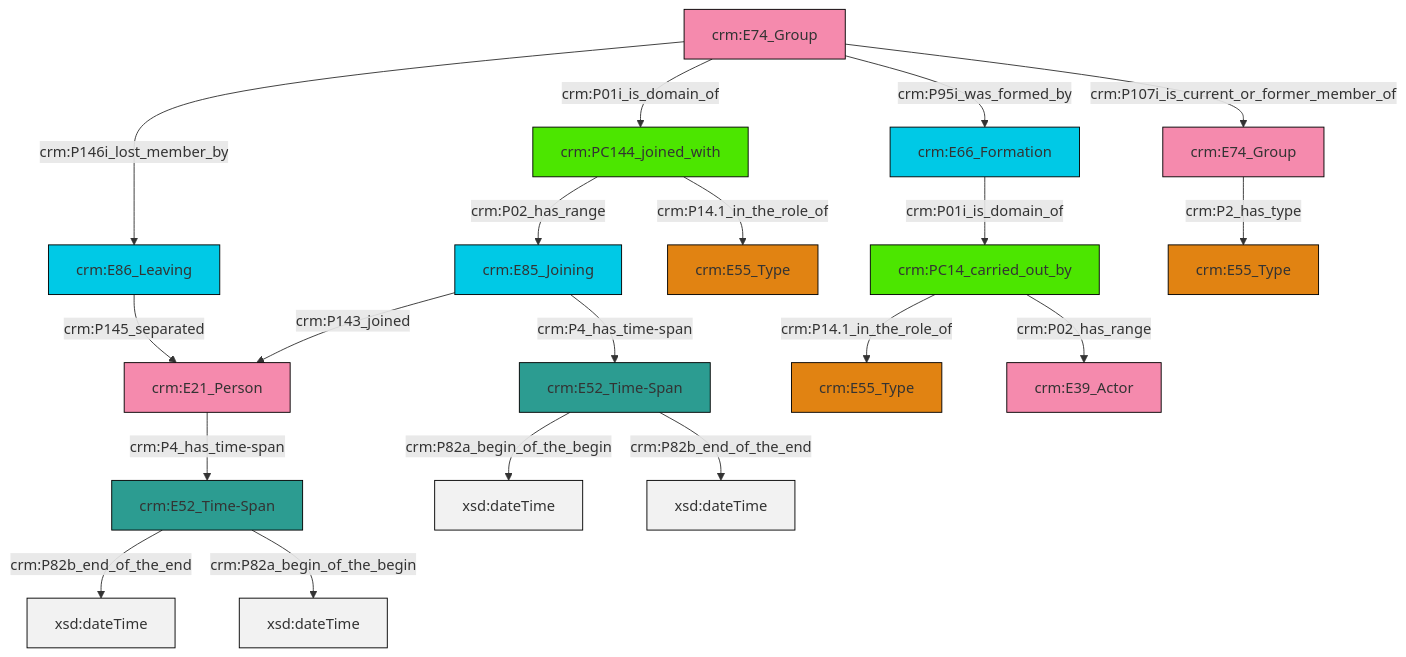
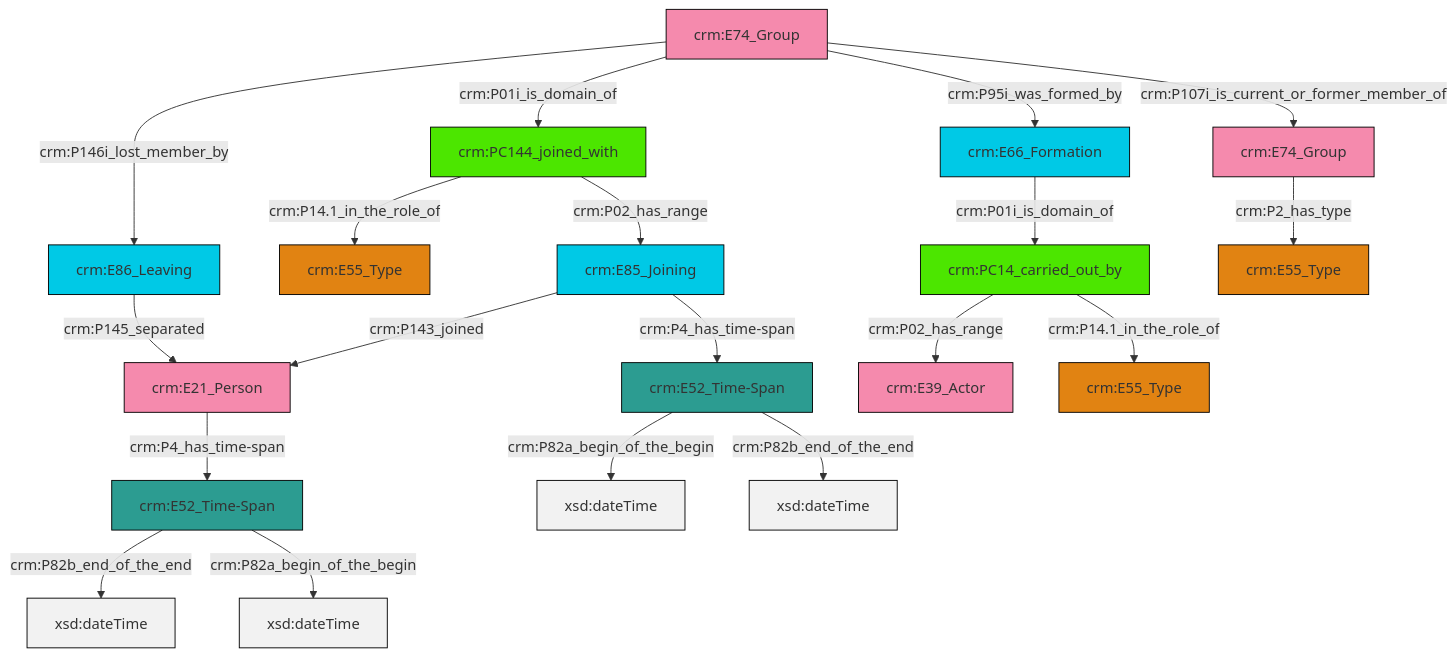
The diagram in et/groupCSV/ttl/mmd/group_actor_relations.ttl.mmd (swiss-art-research-net/docs.swissartresearch), drawn with Mermaid before and after one commit. The commit also changed 210 other files, not shown here.

```diff
--- a/et/groupCSV/ttl/mmd/group_actor_relations.ttl.mmd
+++ b/et/groupCSV/ttl/mmd/group_actor_relations.ttl.mmd
@@ -1,33 +1,33 @@
 graph TD
 classDef Literal fill:#f2f2f2,stroke:#000000;
 classDef CRM_Entity fill:#FFFFFF,stroke:#000000;
 classDef Temporal_Entity fill:#00C9E6, stroke:#000000;
 classDef Type fill:#E18312, stroke:#000000;
 classDef Time-Span fill:#2C9C91, stroke:#000000;
 classDef Appellation fill:#FFEB7F, stroke:#000000;
 classDef Place fill:#008836, stroke:#000000;
 classDef Persistent_Item fill:#B266B2, stroke:#000000;
 classDef Conceptual_Object fill:#FFD700, stroke:#000000;
 classDef Physical_Thing fill:#D2B48C, stroke:#000000;
 classDef Actor fill:#f58aad, stroke:#000000;
 classDef PC_Classes fill:#4ce600, stroke:#000000;
 classDef Multi fill:#cccccc,stroke:#000000;
 
-0["crm:E74_Group"]:::Actor -->|crm:P146i_lost_member_by| 1["crm:E86_Leaving"]:::Temporal_Entity
-2["crm:E52_Time-Span"]:::Time-Span -->|crm:P82a_begin_of_the_begin| 3[xsd:dateTime]:::Literal
-4["crm:E21_Person"]:::Actor -->|crm:P4_has_time-span| 5["crm:E52_Time-Span"]:::Time-Span
-6["crm:PC144_joined_with"]:::PC_Classes -->|crm:P02_has_range| 7["crm:E85_Joining"]:::Temporal_Entity
-8["crm:E66_Formation"]:::Temporal_Entity -->|crm:P01i_is_domain_of| 16["crm:PC14_carried_out_by"]:::PC_Classes
-16["crm:PC14_carried_out_by"]:::PC_Classes -->|crm:P14.1_in_the_role_of| 10["crm:E55_Type"]:::Type
-0["crm:E74_Group"]:::Actor -->|crm:P01i_is_domain_of| 6["crm:PC144_joined_with"]:::PC_Classes
-0["crm:E74_Group"]:::Actor -->|crm:P95i_was_formed_by| 8["crm:E66_Formation"]:::Temporal_Entity
-6["crm:PC144_joined_with"]:::PC_Classes -->|crm:P14.1_in_the_role_of| 12["crm:E55_Type"]:::Type
-7["crm:E85_Joining"]:::Temporal_Entity -->|crm:P143_joined| 4["crm:E21_Person"]:::Actor
-5["crm:E52_Time-Span"]:::Time-Span -->|crm:P82b_end_of_the_end| 30[xsd:dateTime]:::Literal
-0["crm:E74_Group"]:::Actor -->|crm:P107i_is_current_or_former_member_of| 14["crm:E74_Group"]:::Actor
-2["crm:E52_Time-Span"]:::Time-Span -->|crm:P82b_end_of_the_end| 32[xsd:dateTime]:::Literal
-14["crm:E74_Group"]:::Actor -->|crm:P2_has_type| 20["crm:E55_Type"]:::Type
-7["crm:E85_Joining"]:::Temporal_Entity -->|crm:P4_has_time-span| 2["crm:E52_Time-Span"]:::Time-Span
-1["crm:E86_Leaving"]:::Temporal_Entity -->|crm:P145_separated| 4["crm:E21_Person"]:::Actor
-16["crm:PC14_carried_out_by"]:::PC_Classes -->|crm:P02_has_range| 18["crm:E39_Actor"]:::Actor
-5["crm:E52_Time-Span"]:::Time-Span -->|crm:P82a_begin_of_the_begin| 33[xsd:dateTime]:::Literal
+0["crm:E85_Joining"]:::Temporal_Entity -->|crm:P4_has_time-span| 1["crm:E52_Time-Span"]:::Time-Span
+8["crm:E74_Group"]:::Actor -->|crm:P107i_is_current_or_former_member_of| 9["crm:E74_Group"]:::Actor
+10["crm:E66_Formation"]:::Temporal_Entity -->|crm:P01i_is_domain_of| 11["crm:PC14_carried_out_by"]:::PC_Classes
+8["crm:E74_Group"]:::Actor -->|crm:P146i_lost_member_by| 13["crm:E86_Leaving"]:::Temporal_Entity
+14["crm:PC144_joined_with"]:::PC_Classes -->|crm:P14.1_in_the_role_of| 4["crm:E55_Type"]:::Type
+8["crm:E74_Group"]:::Actor -->|crm:P95i_was_formed_by| 10["crm:E66_Formation"]:::Temporal_Entity
+8["crm:E74_Group"]:::Actor -->|crm:P01i_is_domain_of| 14["crm:PC144_joined_with"]:::PC_Classes
+1["crm:E52_Time-Span"]:::Time-Span -->|crm:P82a_begin_of_the_begin| 21[xsd:dateTime]:::Literal
+11["crm:PC14_carried_out_by"]:::PC_Classes -->|crm:P02_has_range| 19["crm:E39_Actor"]:::Actor
+11["crm:PC14_carried_out_by"]:::PC_Classes -->|crm:P14.1_in_the_role_of| 22["crm:E55_Type"]:::Type
+9["crm:E74_Group"]:::Actor -->|crm:P2_has_type| 15["crm:E55_Type"]:::Type
+6["crm:E52_Time-Span"]:::Time-Span -->|crm:P82b_end_of_the_end| 28[xsd:dateTime]:::Literal
+14["crm:PC144_joined_with"]:::PC_Classes -->|crm:P02_has_range| 0["crm:E85_Joining"]:::Temporal_Entity
+2["crm:E21_Person"]:::Actor -->|crm:P4_has_time-span| 6["crm:E52_Time-Span"]:::Time-Span
+6["crm:E52_Time-Span"]:::Time-Span -->|crm:P82a_begin_of_the_begin| 33[xsd:dateTime]:::Literal
+1["crm:E52_Time-Span"]:::Time-Span -->|crm:P82b_end_of_the_end| 34[xsd:dateTime]:::Literal
+13["crm:E86_Leaving"]:::Temporal_Entity -->|crm:P145_separated| 2["crm:E21_Person"]:::Actor
+0["crm:E85_Joining"]:::Temporal_Entity -->|crm:P143_joined| 2["crm:E21_Person"]:::Actor
```
